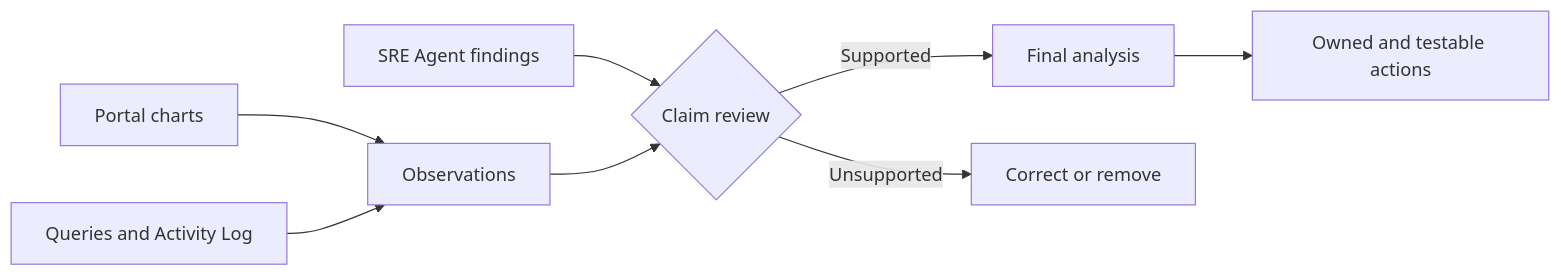
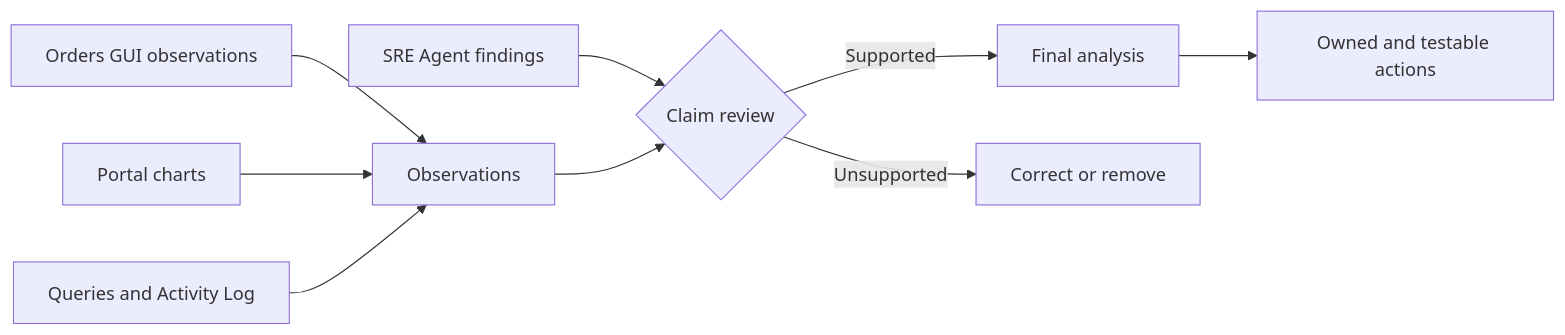
One commit to charliekw411/sre-agent-workshop changed the diagram in docs/sre/05-review-and-improve/index.md. Above: the diagram before and after it, drawn with Mermaid. The commit also changed other lines of this file and 22 other files, not shown here.

First line of the commit message:
feat: add browser GUI for the Orders API (#23)

````diff
--- a/docs/sre/05-review-and-improve/index.md
+++ b/docs/sre/05-review-and-improve/index.md
@@ -43,10 +44,11 @@
 ```mermaid
 flowchart LR
-    Charts[Portal charts] --> O[Observations]
+    GUI[Orders GUI observations] --> O[Observations]
+    Charts[Portal charts] --> O
     Logs[Queries and Activity Log] --> O
     Agent[SRE Agent findings] --> C{Claim review}
     O --> C
     C -->|Supported| RCA[Final analysis]
     C -->|Unsupported| Fix[Correct or remove]
     RCA --> Actions[Owned and testable actions]
 ```
````
